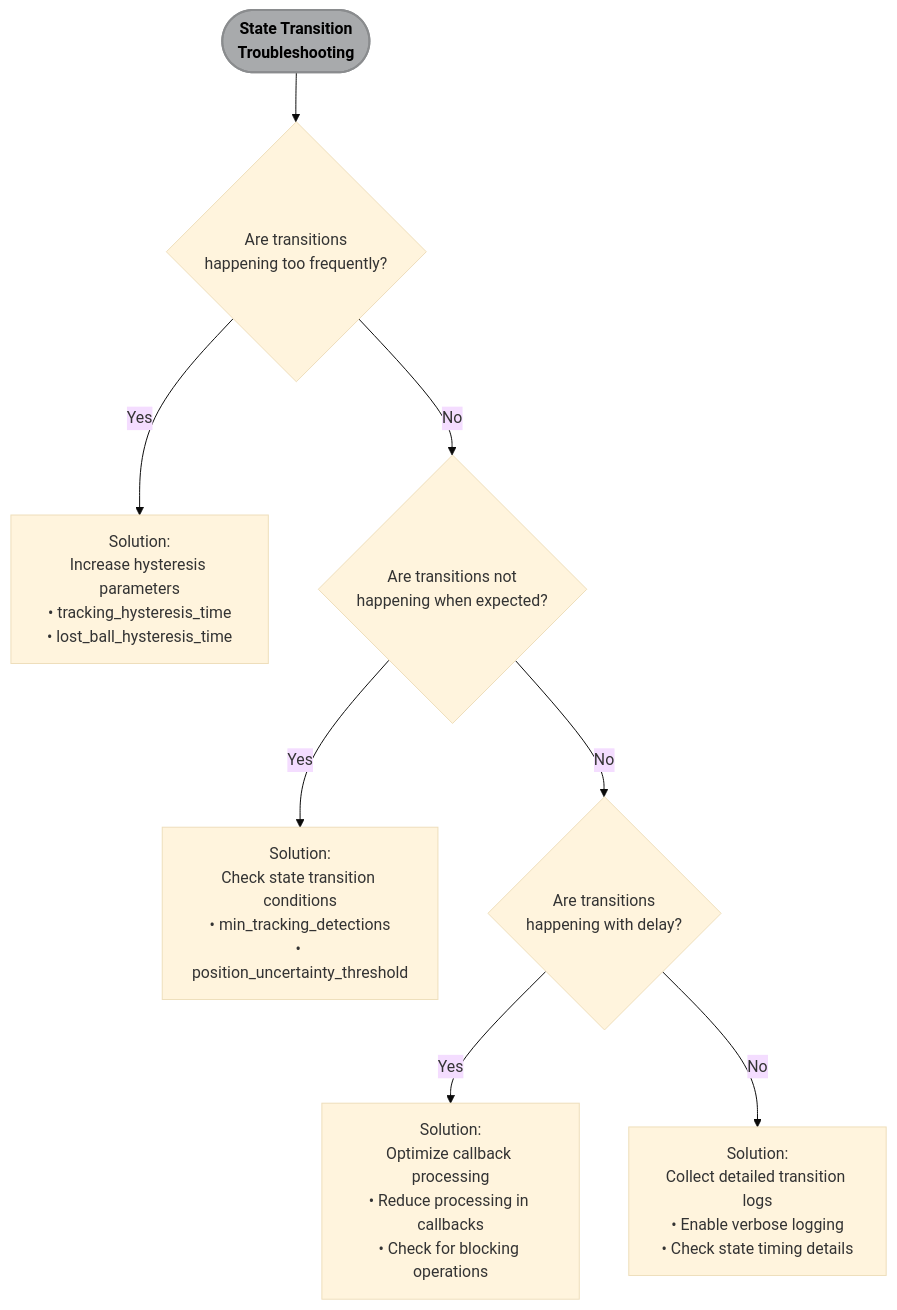
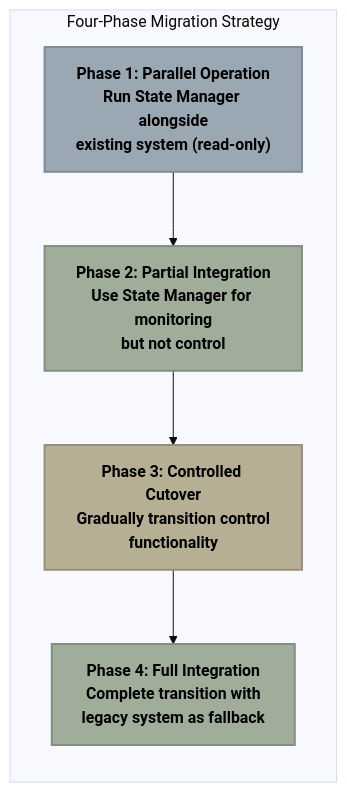
Before and after one commit to acoderu/BallChase: diagram 24 of 27 in ros2_ball_chase_ws/docs/StateManagement.md, drawn with Mermaid (base theme). The commit also changed other lines of this file and 1 other file, not shown here.

````diff
--- a/ros2_ball_chase_ws/docs/StateManagement.md
+++ b/ros2_ball_chase_ws/docs/StateManagement.md
@@ -3577,17 +4066,15 @@
 ```mermaid
-        flowchart TD
-    Start(["State Transition<br>Troubleshooting"]) --> Q1
-    Q1{"Are transitions<br>happening too frequently?"} -->|Yes| S1
-    Q1 -->|No| Q2
-    Q2{"Are transitions not<br>happening when expected?"} -->|Yes| S2
-    Q2 -->|No| Q3
-    Q3{"Are transitions<br>happening with delay?"} -->|Yes| S3
-    Q3 -->|No| S4
-    
-    S1["Solution:<br>Increase hysteresis parameters<br>• tracking_hysteresis_time<br>• lost_ball_hysteresis_time"]
-    S2["Solution:<br>Check state transition conditions<br>• min_tracking_detections<br>• position_uncertainty_threshold"]
-    S3["Solution:<br>Optimize callback processing<br>• Reduce processing in callbacks<br>• Check for blocking operations"]
-    S4["Solution:<br>Collect detailed transition logs<br>• Enable verbose logging<br>• Check state timing details"]
-    
-    style Start fill:#a8aaac,stroke:#8a8c8e,stroke-width:2px,color:#000000,font-weight:bold   
+flowchart TD
+    subgraph "Four-Phase Migration Strategy"
+        direction TB
+    Phase1["Phase 1: Parallel Operation<br>Run State Manager alongside<br>existing system (read-only)"] --> 
+        Phase2["Phase 2: Partial Integration<br>Use State Manager for monitoring<br>but not control"] -->
+        Phase3["Phase 3: Controlled Cutover<br>Gradually transition control<br>functionality"] -->
+        Phase4["Phase 4: Full Integration<br>Complete transition with<br>legacy system as fallback"]
+    end
+
+    style Phase1 fill:#99a8b2,stroke:#7e8a93,stroke-width:2px,color:#000000,font-weight:bold
+    style Phase2 fill:#a0ad9b,stroke:#848e80,stroke-width:2px,color:#000000,font-weight:bold
+    style Phase3 fill:#b7af93,stroke:#979079,stroke-width:2px,color:#000000,font-weight:bold
+    style Phase4 fill:#a0ad9b,stroke:#848e80,stroke-width:2px,color:#000000,font-weight:bold
 ```
````
